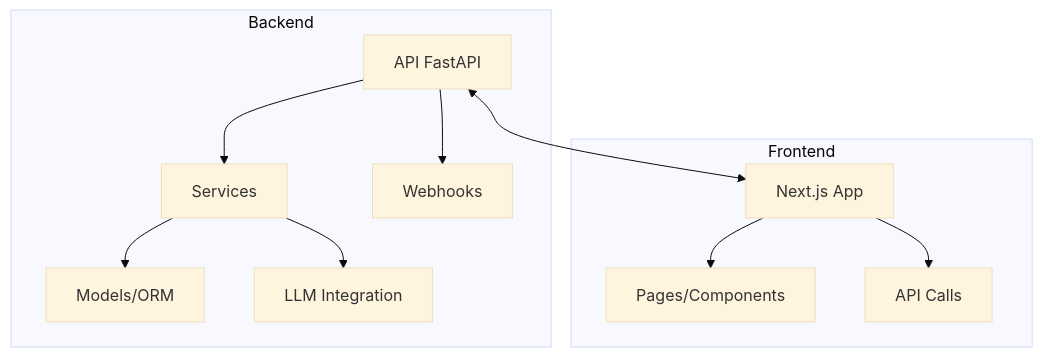
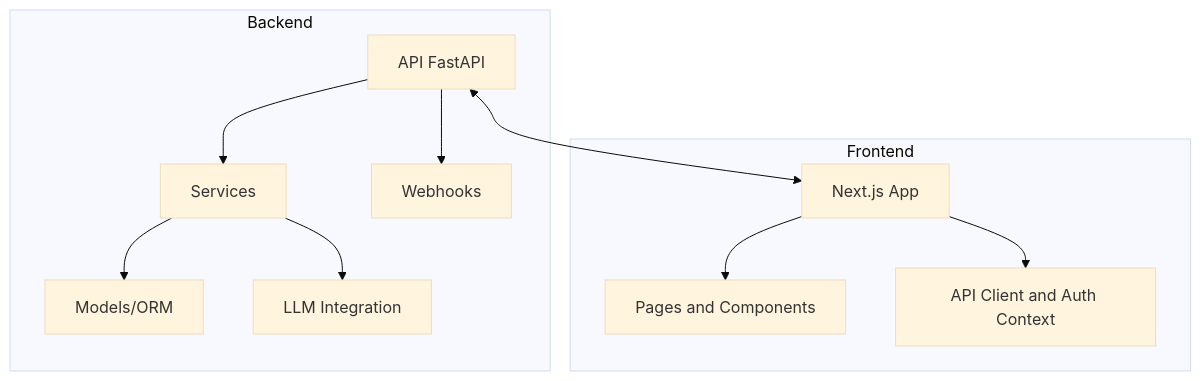
The first of 3 diagrams in .github/ARCHITECTURE.md (willrockoliv/gestor-de-leads-do-whatsapp), drawn with Mermaid (base theme) before and after one commit. The commit also changed other lines of this file and 6 other files, not shown here.

````diff
--- a/.github/ARCHITECTURE.md
+++ b/.github/ARCHITECTURE.md
@@ -138,15 +126,15 @@
 ```mermaid
 flowchart TD
     subgraph Backend
         A[API FastAPI] --> B[Services]
         B --> C[Models/ORM]
         B --> D[LLM Integration]
         A --> E[Webhooks]
     end
     subgraph Frontend
         F[Next.js App]
-        F --> G[Pages/Components]
-        F --> H[API Calls]
+        F --> G[Pages and Components]
+        F --> H[API Client and Auth Context]
     end
     A <--> F
 ```
````
